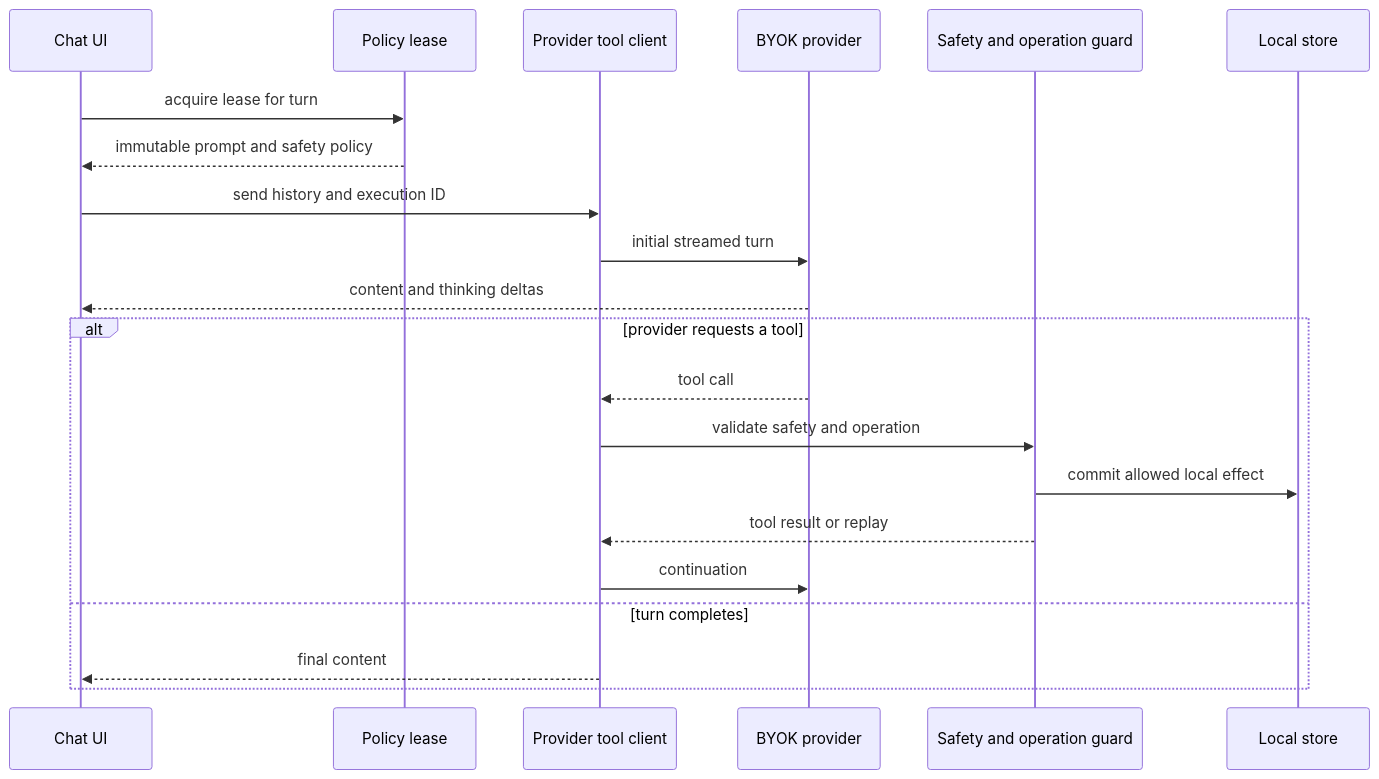
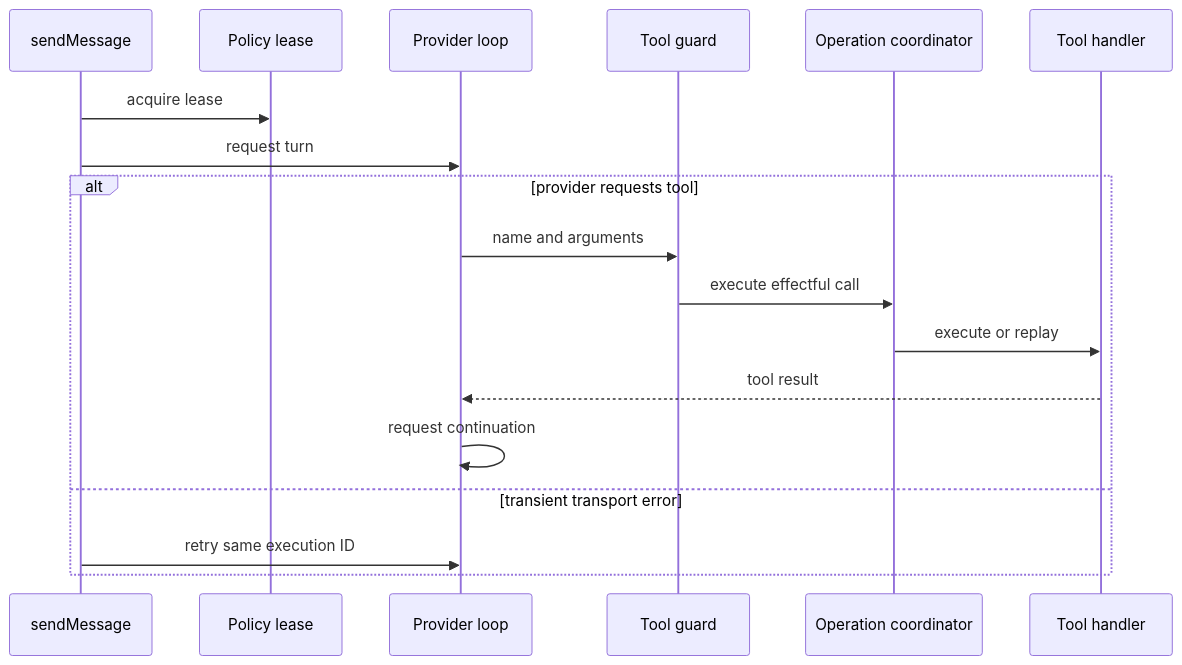
The diagram in openwiki/operations/runtime-behavior.md (maximofn/gymnasia), drawn with Mermaid before and after one commit. The commit also changed other lines of this file and 41 other files, not shown here.

````diff
--- a/openwiki/operations/runtime-behavior.md
+++ b/openwiki/operations/runtime-behavior.md
@@ -45,23 +43,21 @@
 ```mermaid
 sequenceDiagram
-    participant UI as Chat UI
+    participant Chat as sendMessage
     participant Policy as Policy lease
-    participant Client as Provider tool client
-    participant Provider as BYOK provider
-    participant Guard as Safety and operation guard
-    participant Store as Local store
-    UI->>Policy: acquire lease for turn
-    Policy-->>UI: immutable prompt and safety policy
-    UI->>Client: send history and execution ID
-    Client->>Provider: initial streamed turn
-    Provider-->>UI: content and thinking deltas
-    alt provider requests a tool
-        Provider-->>Client: tool call
-        Client->>Guard: validate safety and operation
-        Guard->>Store: commit allowed local effect
-        Guard-->>Client: tool result or replay
-        Client->>Provider: continuation
-    else turn completes
-        Client-->>UI: final content
+    participant Provider as Provider loop
+    participant Guard as Tool guard
+    participant Ledger as Operation coordinator
+    participant Domain as Tool handler
+
+    Chat->>Policy: acquire lease
+    Chat->>Provider: request turn
+    alt provider requests tool
+        Provider->>Guard: name and arguments
+        Guard->>Ledger: execute effectful call
+        Ledger->>Domain: execute or replay
+        Domain-->>Provider: tool result
+        Provider->>Provider: request continuation
+    else transient transport error
+        Chat->>Provider: retry same execution ID
     end
 ```
````
